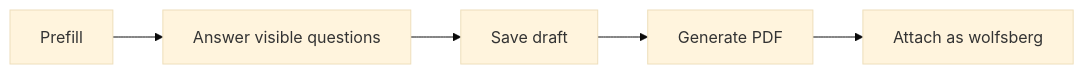
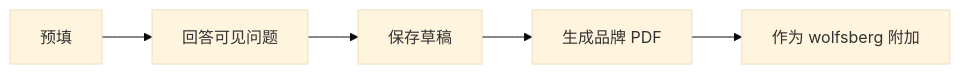
Before and after one commit to CBpayapp/cbpay-docs: the diagram in mcp-pack/guides/zh/guides/wolfsberg-cbddq.md, drawn with Mermaid (base theme). The commit also changed other lines of this file and 5 other files, not shown here.

````diff
--- a/mcp-pack/guides/zh/guides/wolfsberg-cbddq.md
+++ b/mcp-pack/guides/zh/guides/wolfsberg-cbddq.md
@@ -22,7 +18,7 @@
 ```mermaid
 flowchart LR
-  A["Prefill"] --> B["Answer visible questions"]
-  B --> C["Save draft"]
-  C --> D["Generate PDF"]
-  D --> E["Attach as wolfsberg"]
+  A["预填"] --> B["回答可见问题"]
+  B --> C["保存草稿"]
+  C --> D["生成品牌 PDF"]
+  D --> E["作为 wolfsberg 附加"]
 ```
````
